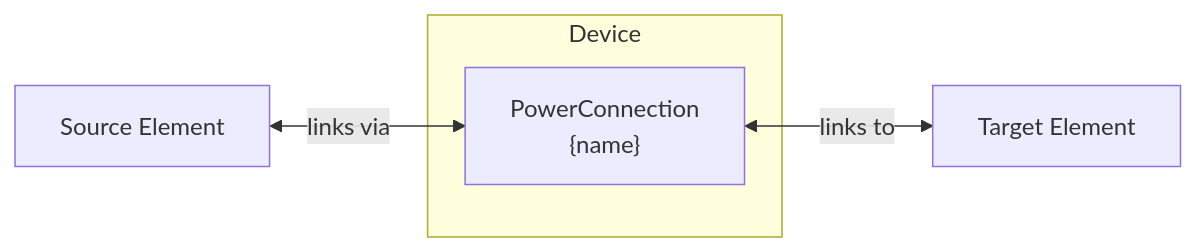
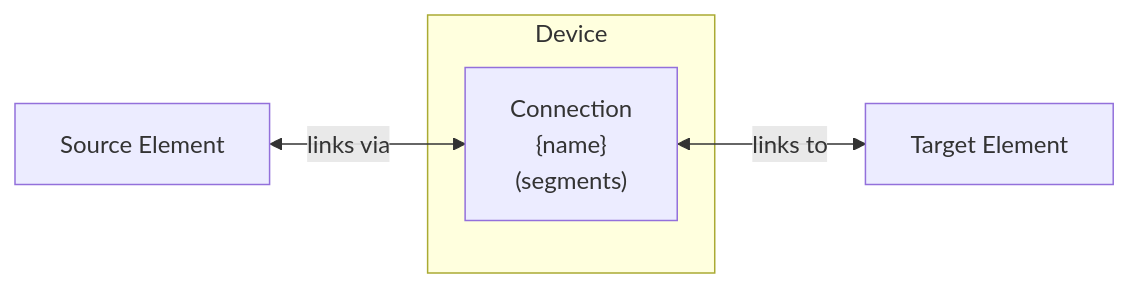
Before and after one commit to hass-energy/haeo: the diagram in docs/modeling/device-layer/connection.md, drawn with Mermaid. The commit also changed other lines of this file and 13 other files, not shown here.

````diff
--- a/docs/modeling/device-layer/connection.md
+++ b/docs/modeling/device-layer/connection.md
@@ -8,12 +8,12 @@
 ```mermaid
 graph LR
     subgraph "Device"
-        MC["PowerConnection<br/>{name}"]
+        MC["Connection<br/>{name}<br/>(segments)"]
     end
 
     Source[Source Element]
     Target[Target Element]
 
     Source <-->|links via| MC
     MC <-->|links to| Target
 ```
````
